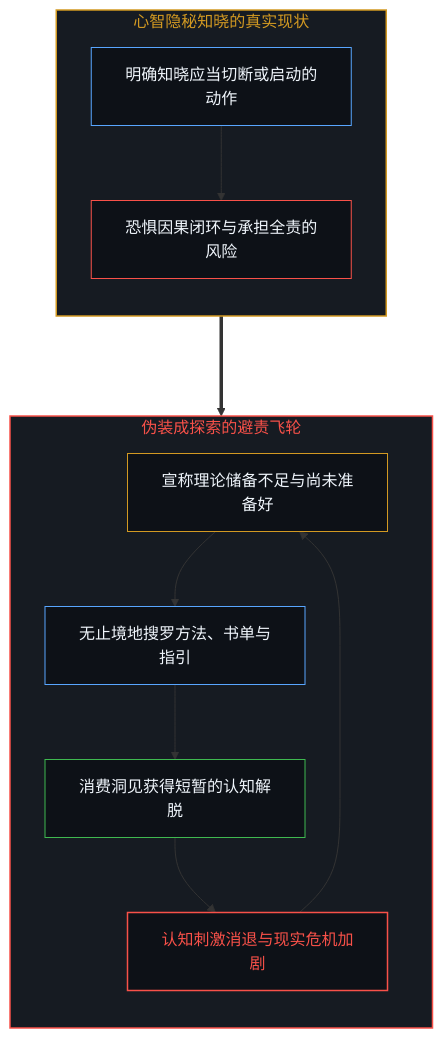
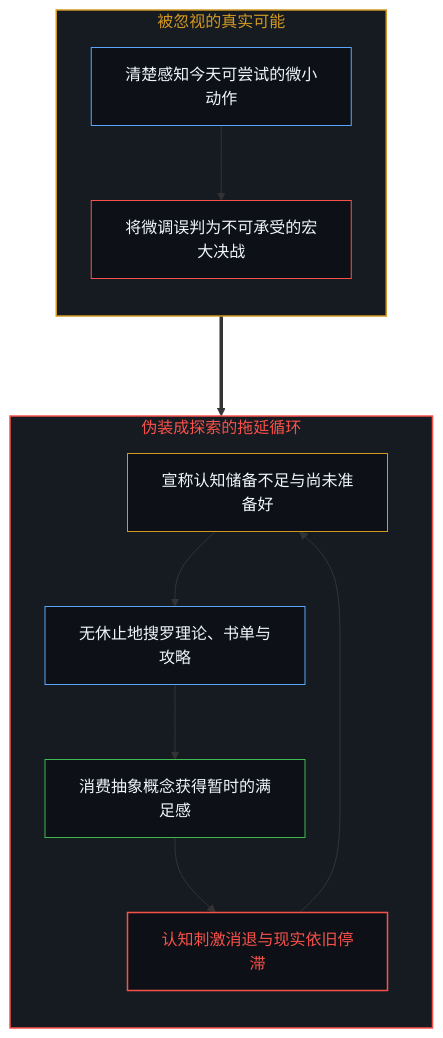
One commit to powerpig99/not-a-toe changed the fifth of 10 diagrams in content/posts/choice-itself-has-no-inherent-weight.md. Above: the diagram before and after it, drawn with Mermaid. The commit also changed other lines of this file and 4 other files, not shown here.

````diff
--- a/content/posts/choice-itself-has-no-inherent-weight.md
+++ b/content/posts/choice-itself-has-no-inherent-weight.md
@@ -155,26 +173,26 @@
 ```mermaid
 graph TD
-    subgraph S_Truth ["心智隐秘知晓的真实现状"]
+    subgraph S_Truth ["被忽视的真实可能"]
         direction TB
-        T_Action["明确知晓应当切断或启动的动作"] --> T_Terror["恐惧因果闭环与承担全责的风险"]
+        T_Action["清楚感知今天可尝试的微小动作"] --> T_Macro["将微调误判为不可承受的宏大决战"]
     end
 
-    subgraph S_Evasion ["伪装成探索的避责飞轮"]
+    subgraph S_Evasion ["伪装成探索的拖延循环"]
         direction TB
-        E_Motto["宣称理论储备不足与尚未准备好"] --> E_Collect["无止境地搜罗方法、书单与指引"]
-        E_Collect --> E_High["消费洞见获得短暂的认知解脱"]
-        E_High --> E_Decay["认知刺激消退与现实危机加剧"]
+        E_Motto["宣称认知储备不足与尚未准备好"] --> E_Collect["无休止地搜罗理论、书单与攻略"]
+        E_Collect --> E_High["消费抽象概念获得暂时的满足感"]
+        E_High --> E_Decay["认知刺激消退与现实依旧停滞"]
         E_Decay --> E_Motto
     end
 
-    T_Terror ===> E_Motto
+    T_Macro ===> E_Motto
 
     style S_Truth fill:#161b22,stroke:#d29922,stroke-width:1.5px,color:#d29922
     style S_Evasion fill:#161b22,stroke:#f85149,stroke-width:1.5px,color:#f85149
     style T_Action fill:#0d1117,stroke:#58a6ff,stroke-width:1px,color:#f0f6fc
-    style T_Terror fill:#0d1117,stroke:#f85149,stroke-width:1px,color:#f0f6fc
+    style T_Macro fill:#0d1117,stroke:#f85149,stroke-width:1px,color:#f0f6fc
     style E_Motto fill:#0d1117,stroke:#d29922,stroke-width:1px,color:#f0f6fc
     style E_Collect fill:#0d1117,stroke:#58a6ff,stroke-width:1px,color:#f0f6fc
     style E_High fill:#0d1117,stroke:#3fb950,stroke-width:1px,color:#f0f6fc
     style E_Decay fill:#0d1117,stroke:#f85149,stroke-width:1.5px,color:#f85149
 ```
````
